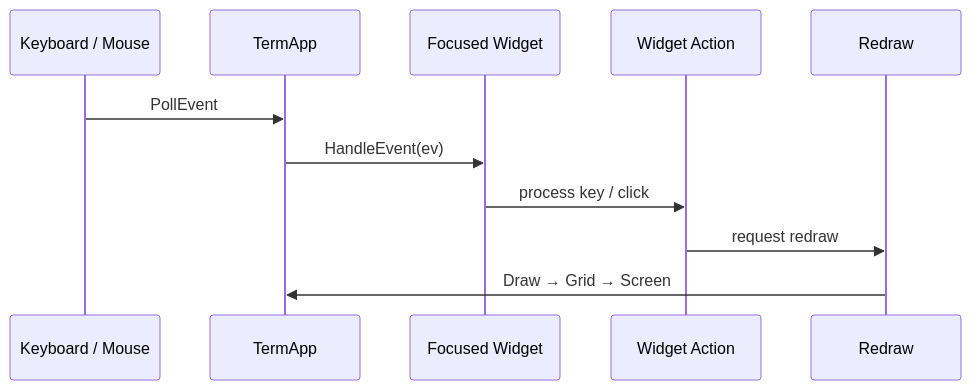
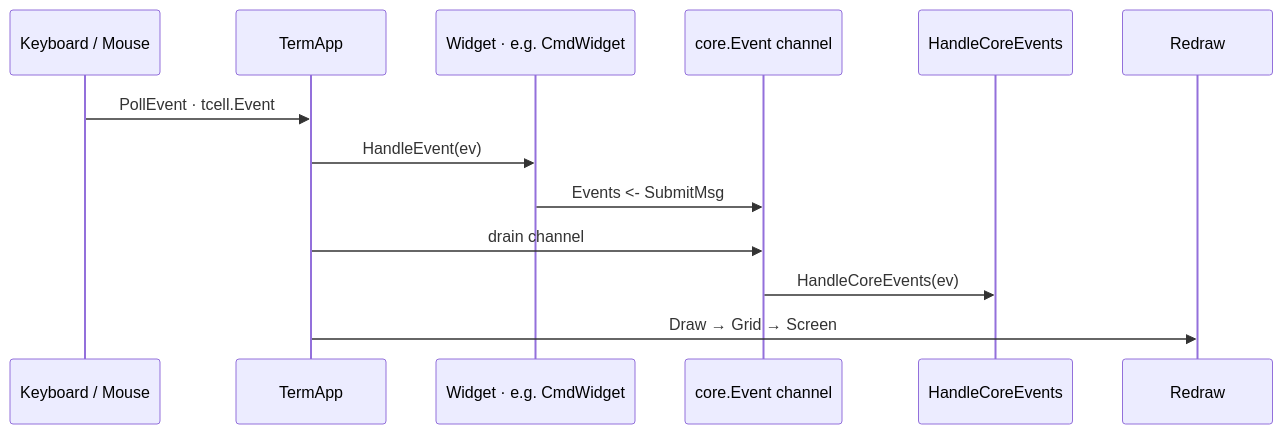
The first of 3 diagrams in docs/INPUT.md (yairgd/gdbforge), drawn with Mermaid before and after one commit. The commit also changed other lines of this file and 9 other files, not shown here.

````diff
--- a/docs/INPUT.md
+++ b/docs/INPUT.md
@@ -37,14 +31,16 @@
 ```mermaid
 sequenceDiagram
     participant Input as Keyboard / Mouse
     participant App as TermApp
-    participant Focus as Focused Widget
-    participant Action as Widget Action
+    participant Widget as Widget · e.g. CmdWidget
+    participant Bus as core.Event channel
+    participant Core as HandleCoreEvents
     participant Render as Redraw
 
-    Input ->> App: PollEvent
-    App ->> Focus: HandleEvent(ev)
-    Focus ->> Action: process key / click
-    Action ->> Render: request redraw
-    Render ->> App: Draw → Grid → Screen
+    Input ->> App: PollEvent · tcell.Event
+    App ->> Widget: HandleEvent(ev)
+    Widget ->> Bus: Events <- SubmitMsg
+    App ->> Bus: drain channel
+    Bus ->> Core: HandleCoreEvents(ev)
+    App ->> Render: Draw → Grid → Screen
 ```
````
